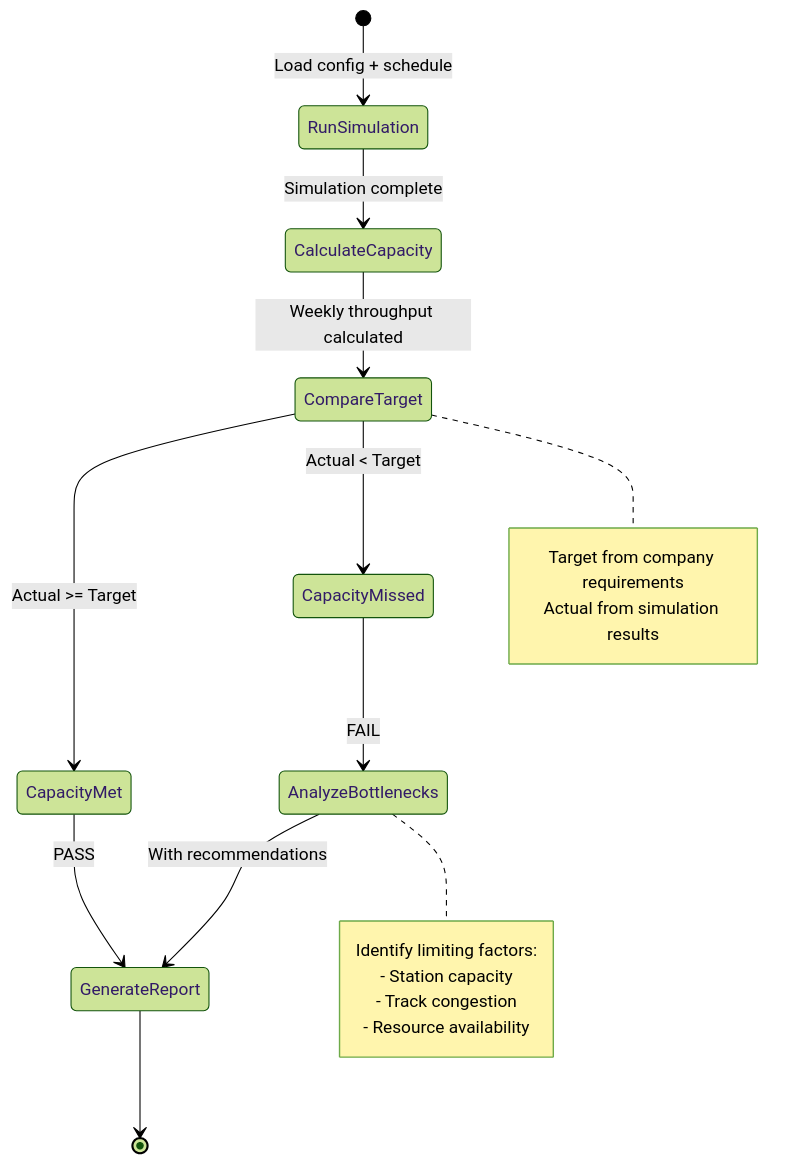
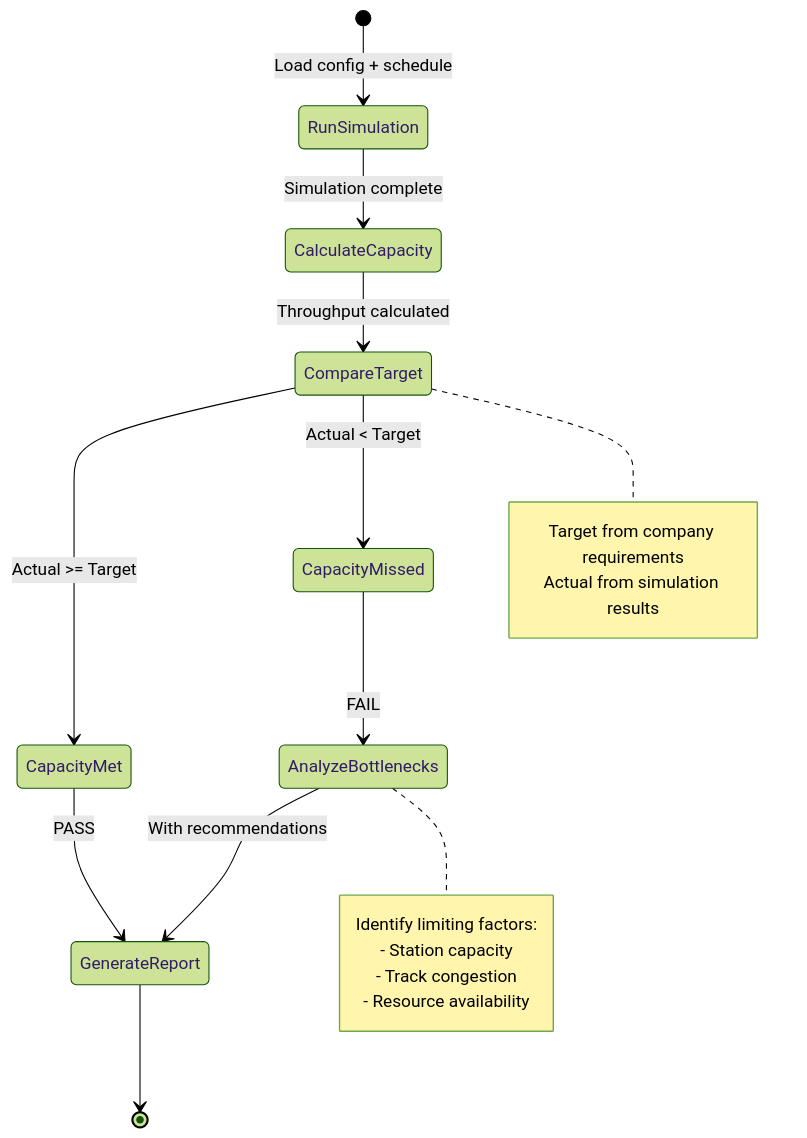
The sixth of 8 diagrams in docs/mvp/architecture/06-runtime.md (OpenRailAssociation/dac-migration-dss-popupsim), drawn with Mermaid (forest theme) before and after one commit. The commit also changed other lines of this file and 1 other file, not shown here.

Commit message:
docs(pages): 📝 update diagrams arch and ci

````diff
--- a/docs/mvp/architecture/06-runtime.md
+++ b/docs/mvp/architecture/06-runtime.md
@@ -348,27 +349,27 @@
 ```mermaid
 stateDiagram-v2
     [*] --> RunSimulation: Load config + schedule
     RunSimulation --> CalculateCapacity: Simulation complete
-    CalculateCapacity --> CompareTarget: Weekly throughput calculated
-    
+    CalculateCapacity --> CompareTarget: Throughput calculated
+
     CompareTarget --> CapacityMet: Actual >= Target
     CompareTarget --> CapacityMissed: Actual < Target
-    
+
     CapacityMet --> GenerateReport: PASS
     CapacityMissed --> AnalyzeBottlenecks: FAIL
     AnalyzeBottlenecks --> GenerateReport: With recommendations
-    
+
     GenerateReport --> [*]
-    
+
     note right of CompareTarget
         Target from company requirements
         Actual from simulation results
     end note
-    
+
     note right of AnalyzeBottlenecks
         Identify limiting factors:
         - Station capacity
         - Track congestion
         - Resource availability
     end note
 ```
````
